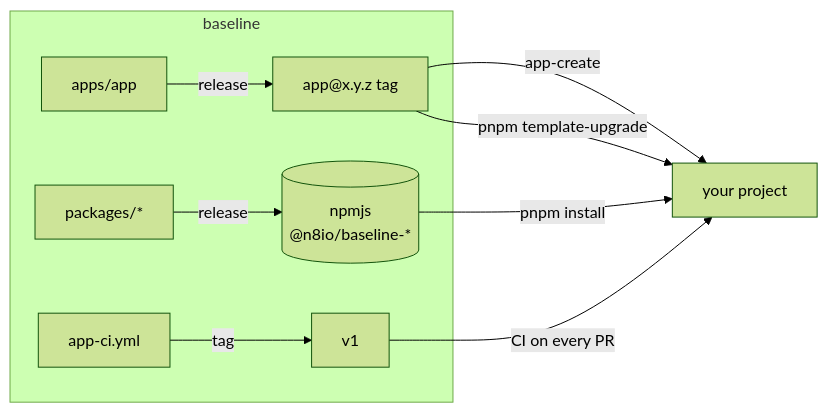
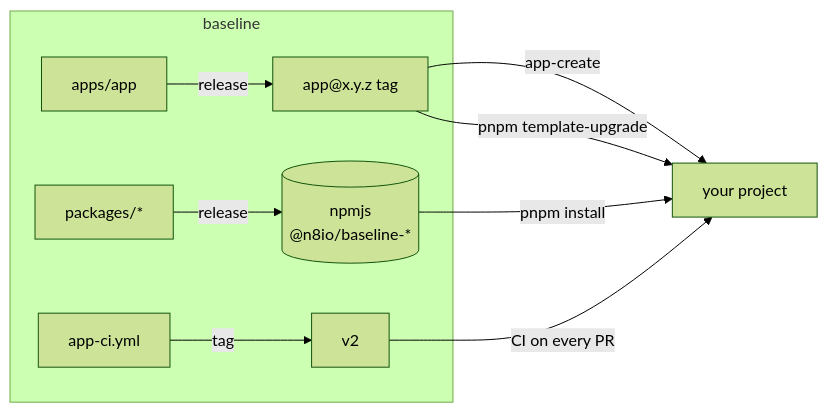
One commit to n8io/baseline changed the diagram in README.md. Above: the diagram before and after it, drawn with Mermaid (forest theme). The commit also changed other lines of this file and 8 other files, not shown here.

````diff
--- a/README.md
+++ b/README.md
@@ -11,12 +11,12 @@
 ```mermaid
 flowchart LR
   subgraph baseline
     P["packages/*"] -->|release| GP[("npmjs<br/>@n8io/baseline-*")]
     T["apps/app"] -->|release| R["app@x.y.z tag"]
-    W["app-ci.yml"] -->|tag| V1["v1"]
+    W["app-ci.yml"] -->|tag| V2["v2"]
   end
   R -->|app-create| Y["your project"]
   R -->|pnpm template-upgrade| Y
   GP -->|pnpm install| Y
-  V1 -->|CI on every PR| Y
+  V2 -->|CI on every PR| Y
 ```
````
